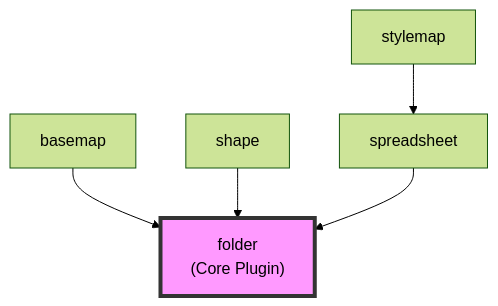
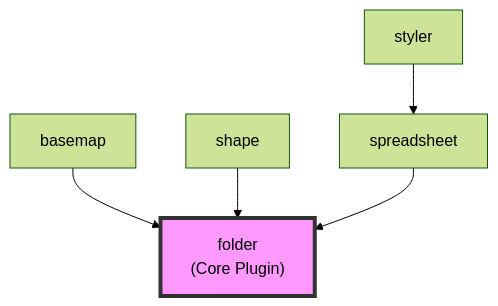
One commit to kubohiroya/hierarchidb changed the sixth of 7 diagrams in docs/DEVELOPER_REPORT_COMPREHENSIVE/10_PLUGINS.md. Above: the diagram before and after it, drawn with Mermaid (forest theme). The commit also changed other lines of this file and 267 other files, not shown here.

First line of the commit message:
refactor: rename stylemap-plugin to styler-plugin

````diff
--- a/docs/DEVELOPER_REPORT_COMPREHENSIVE/10_PLUGINS.md
+++ b/docs/DEVELOPER_REPORT_COMPREHENSIVE/10_PLUGINS.md
@@ -894,16 +894,16 @@
 ```mermaid
 graph TD
     folder["folder<br/>(Core Plugin)"]
     basemap["basemap"]
     shape["shape"]
     spreadsheet["spreadsheet"]
-    stylemap["stylemap"]
+    styler["styler"]
     
     basemap --> folder
     shape --> folder
     spreadsheet --> folder
-    stylemap --> spreadsheet
+    styler --> spreadsheet
     
     style folder fill:#f9f,stroke:#333,stroke-width:4px
     style folder color:#000
 ```
````
